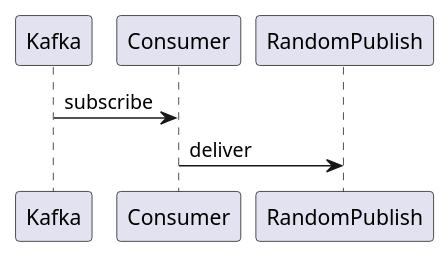
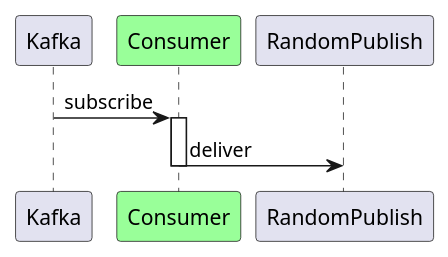
Before and after one commit to yurake/k8s-3tier-webapp: the diagram in docs/uml/consumer-kafka-quarkus.pu, drawn with PlantUML. The commit also changed 22 other files, not shown here.

```diff
--- a/docs/uml/consumer-kafka-quarkus.pu
+++ b/docs/uml/consumer-kafka-quarkus.pu
@@ -1,4 +1,8 @@
 @startuml consumer-kafka-quarkus
+participant Kafka
+participant Consumer as Consumer #99FF99
 Kafka -> Consumer: subscribe
+activate Consumer
 Consumer -> RandomPublish: deliver
+deactivate Consumer
 @enduml
```
